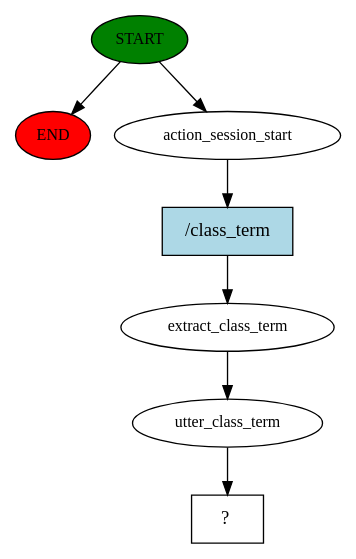
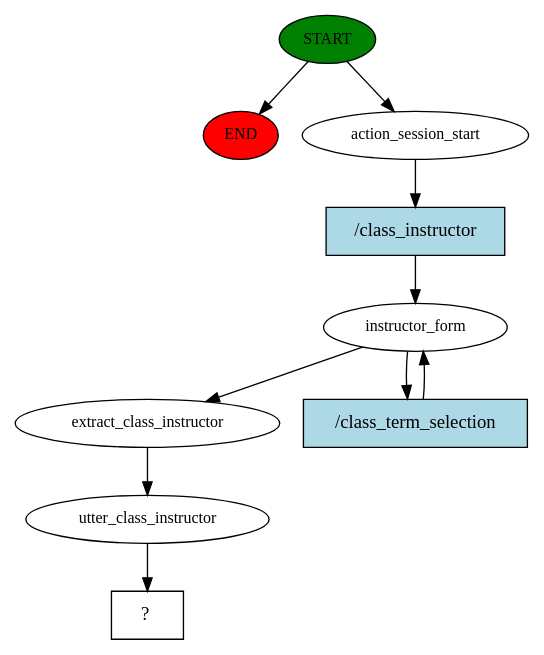
The diagram in project/story_graph.dot (dailin7/chatbot), drawn with Graphviz before and after one commit. The commit also changed 147 other files, not shown here.

```diff
--- a/project/story_graph.dot
+++ b/project/story_graph.dot
@@ -1,15 +1,20 @@
 digraph  {
 0 [class="start active", fillcolor=green, fontsize=12, label=START, style=filled];
 "-1" [class=end, fillcolor=red, fontsize=12, label=END, style=filled];
 1 [class=active, fontsize=12, label=action_session_start];
-2 [class=active, fontsize=12, label=extract_class_term];
-3 [class=active, fontsize=12, label=utter_class_term];
-4 [class="intent dashed active", label="  ?  ", shape=rect];
-5 [class="intent active", fillcolor=lightblue, label="/class_term", shape=rect, style=filled];
+2 [class=active, fontsize=12, label=instructor_form];
+4 [class=active, fontsize=12, label=extract_class_instructor];
+5 [class=active, fontsize=12, label=utter_class_instructor];
+6 [class="intent dashed active", label="  ?  ", shape=rect];
+7 [class="intent active", fillcolor=lightblue, label="/class_instructor", shape=rect, style=filled];
+8 [class="intent active", fillcolor=lightblue, label="/class_term_selection", shape=rect, style=filled];
 0 -> "-1"  [class="", key=NONE, label=""];
 0 -> 1  [class=active, key=NONE, label=""];
-1 -> 5  [class=active, key=0];
-2 -> 3  [class=active, key=NONE, label=""];
-3 -> 4  [class=active, key=NONE, label=""];
-5 -> 2  [class=active, key=0];
+1 -> 7  [class=active, key=0];
+2 -> 4  [class=active, key=NONE, label=""];
+2 -> 8  [class=active, key=0];
+4 -> 5  [class=active, key=NONE, label=""];
+5 -> 6  [class=active, key=NONE, label=""];
+7 -> 2  [class=active, key=0];
+8 -> 2  [class=active, key=0];
 }
```
